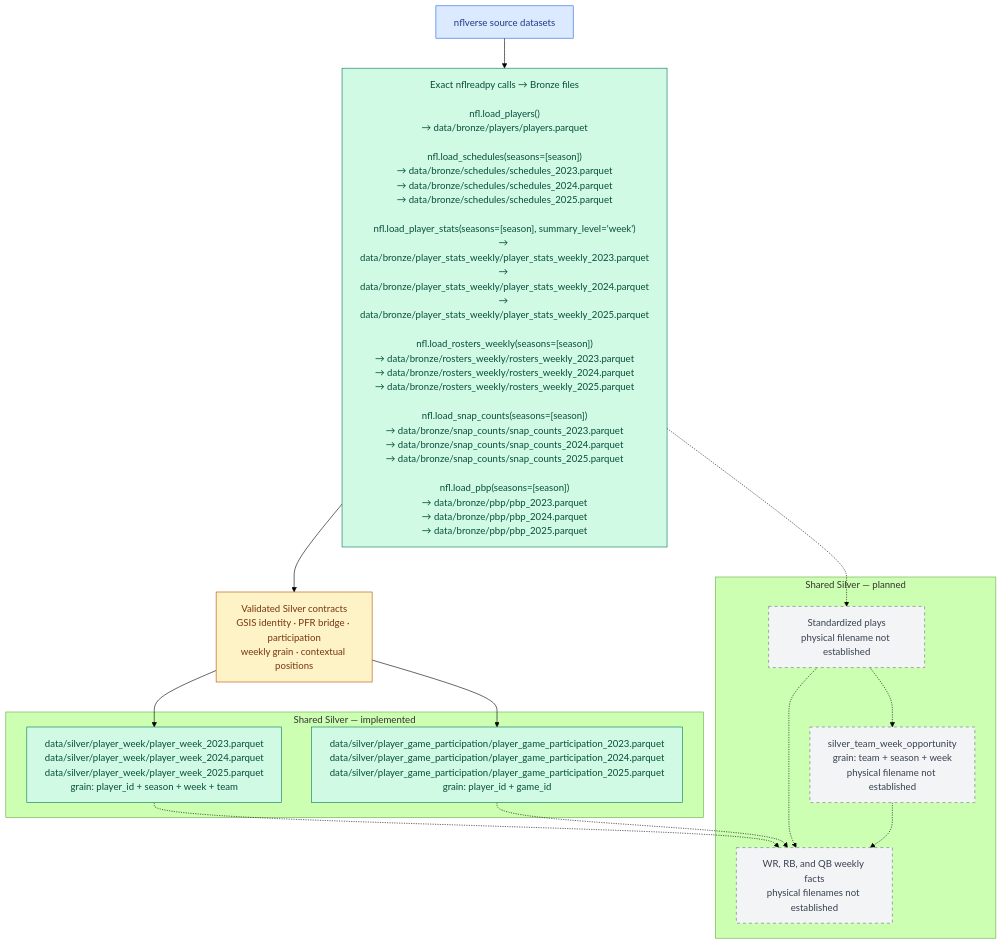
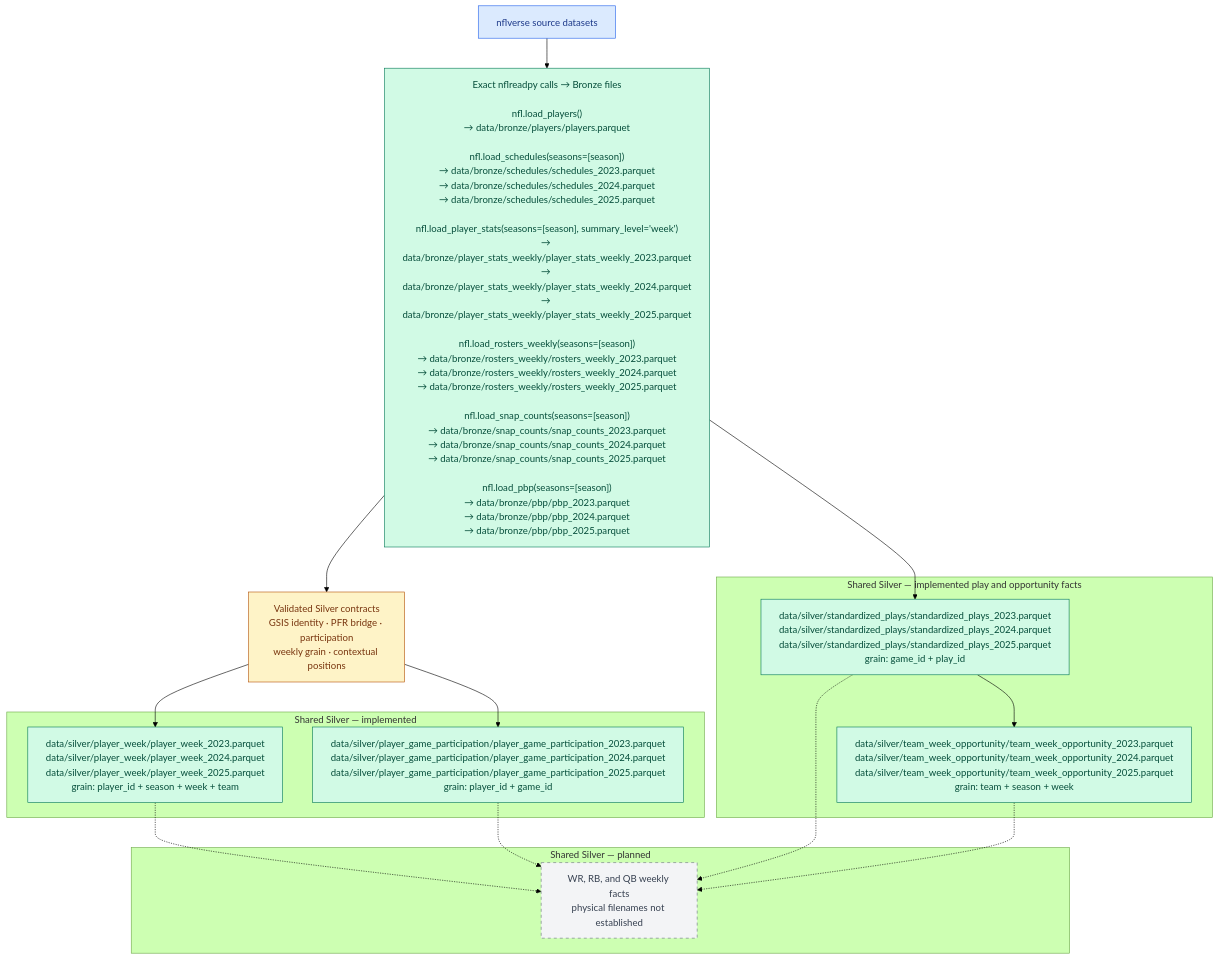
One commit to ddarby15/nfl-dream-lab-app changed the first of 4 diagrams in docs/data-lineage-by-gold-product.md. Above: the diagram before and after it, drawn with Mermaid (forest theme). The commit also changed other lines of this file and 2 other files, not shown here.

Commit message:
create silver plays and team week opportunities notebook

````diff
--- a/docs/data-lineage-by-gold-product.md
+++ b/docs/data-lineage-by-gold-product.md
@@ -15,39 +15,42 @@
 ```mermaid
 flowchart TB
     SOURCE["nflverse source datasets"]
 
     B_FILES["Exact nflreadpy calls → Bronze files<br/><br/>nfl.load_players()<br/>→ data/bronze/players/players.parquet<br/><br/>nfl.load_schedules(seasons=[season])<br/>→ data/bronze/schedules/schedules_2023.parquet<br/>→ data/bronze/schedules/schedules_2024.parquet<br/>→ data/bronze/schedules/schedules_2025.parquet<br/><br/>nfl.load_player_stats(seasons=[season], summary_level='week')<br/>→ data/bronze/player_stats_weekly/player_stats_weekly_2023.parquet<br/>→ data/bronze/player_stats_weekly/player_stats_weekly_2024.parquet<br/>→ data/bronze/player_stats_weekly/player_stats_weekly_2025.parquet<br/><br/>nfl.load_rosters_weekly(seasons=[season])<br/>→ data/bronze/rosters_weekly/rosters_weekly_2023.parquet<br/>→ data/bronze/rosters_weekly/rosters_weekly_2024.parquet<br/>→ data/bronze/rosters_weekly/rosters_weekly_2025.parquet<br/><br/>nfl.load_snap_counts(seasons=[season])<br/>→ data/bronze/snap_counts/snap_counts_2023.parquet<br/>→ data/bronze/snap_counts/snap_counts_2024.parquet<br/>→ data/bronze/snap_counts/snap_counts_2025.parquet<br/><br/>nfl.load_pbp(seasons=[season])<br/>→ data/bronze/pbp/pbp_2023.parquet<br/>→ data/bronze/pbp/pbp_2024.parquet<br/>→ data/bronze/pbp/pbp_2025.parquet"]
 
     CONTRACTS["Validated Silver contracts<br/>GSIS identity · PFR bridge · participation<br/>weekly grain · contextual positions"]
 
     subgraph CurrentSilver["Shared Silver — implemented"]
         S_GAME["data/silver/player_game_participation/player_game_participation_2023.parquet<br/>data/silver/player_game_participation/player_game_participation_2024.parquet<br/>data/silver/player_game_participation/player_game_participation_2025.parquet<br/>grain: player_id + game_id"]
         S_WEEK["data/silver/player_week/player_week_2023.parquet<br/>data/silver/player_week/player_week_2024.parquet<br/>data/silver/player_week/player_week_2025.parquet<br/>grain: player_id + season + week + team"]
     end
 
     subgraph PlannedSilver["Shared Silver — planned"]
-        S_PLAYS["Standardized plays<br/>physical filename not established"]
-        S_TEAM["silver_team_week_opportunity<br/>grain: team + season + week<br/>physical filename not established"]
         S_POSITION["WR, RB, and QB weekly facts<br/>physical filenames not established"]
+    end
+
+    subgraph NewSilver["Shared Silver — implemented play and opportunity facts"]
+        S_PLAYS["data/silver/standardized_plays/standardized_plays_2023.parquet<br/>data/silver/standardized_plays/standardized_plays_2024.parquet<br/>data/silver/standardized_plays/standardized_plays_2025.parquet<br/>grain: game_id + play_id"]
+        S_TEAM["data/silver/team_week_opportunity/team_week_opportunity_2023.parquet<br/>data/silver/team_week_opportunity/team_week_opportunity_2024.parquet<br/>data/silver/team_week_opportunity/team_week_opportunity_2025.parquet<br/>grain: team + season + week"]
     end
 
     SOURCE --> B_FILES --> CONTRACTS
     CONTRACTS --> S_GAME
     CONTRACTS --> S_WEEK
-    B_FILES -.-> S_PLAYS
-    S_PLAYS -.-> S_TEAM
+    B_FILES --> S_PLAYS
+    S_PLAYS --> S_TEAM
     S_WEEK -.-> S_POSITION
     S_GAME -.-> S_POSITION
     S_PLAYS -.-> S_POSITION
     S_TEAM -.-> S_POSITION
 
     classDef source fill:#dbeafe,stroke:#2563eb,color:#1e3a8a;
     classDef built fill:#d1fae5,stroke:#047857,color:#064e3b;
     classDef validation fill:#fef3c7,stroke:#b45309,color:#78350f;
     classDef planned fill:#f3f4f6,stroke:#6b7280,color:#374151,stroke-dasharray:5 5;
 
     class SOURCE source;
-    class B_FILES,S_GAME,S_WEEK built;
+    class B_FILES,S_GAME,S_WEEK,S_PLAYS,S_TEAM built;
     class CONTRACTS validation;
-    class S_PLAYS,S_TEAM,S_POSITION planned;
+    class S_POSITION planned;
 ```
````
